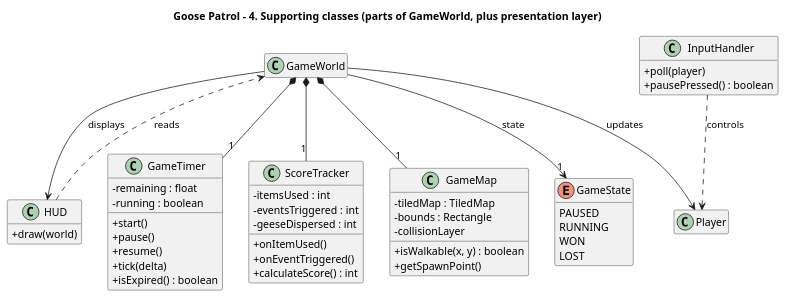
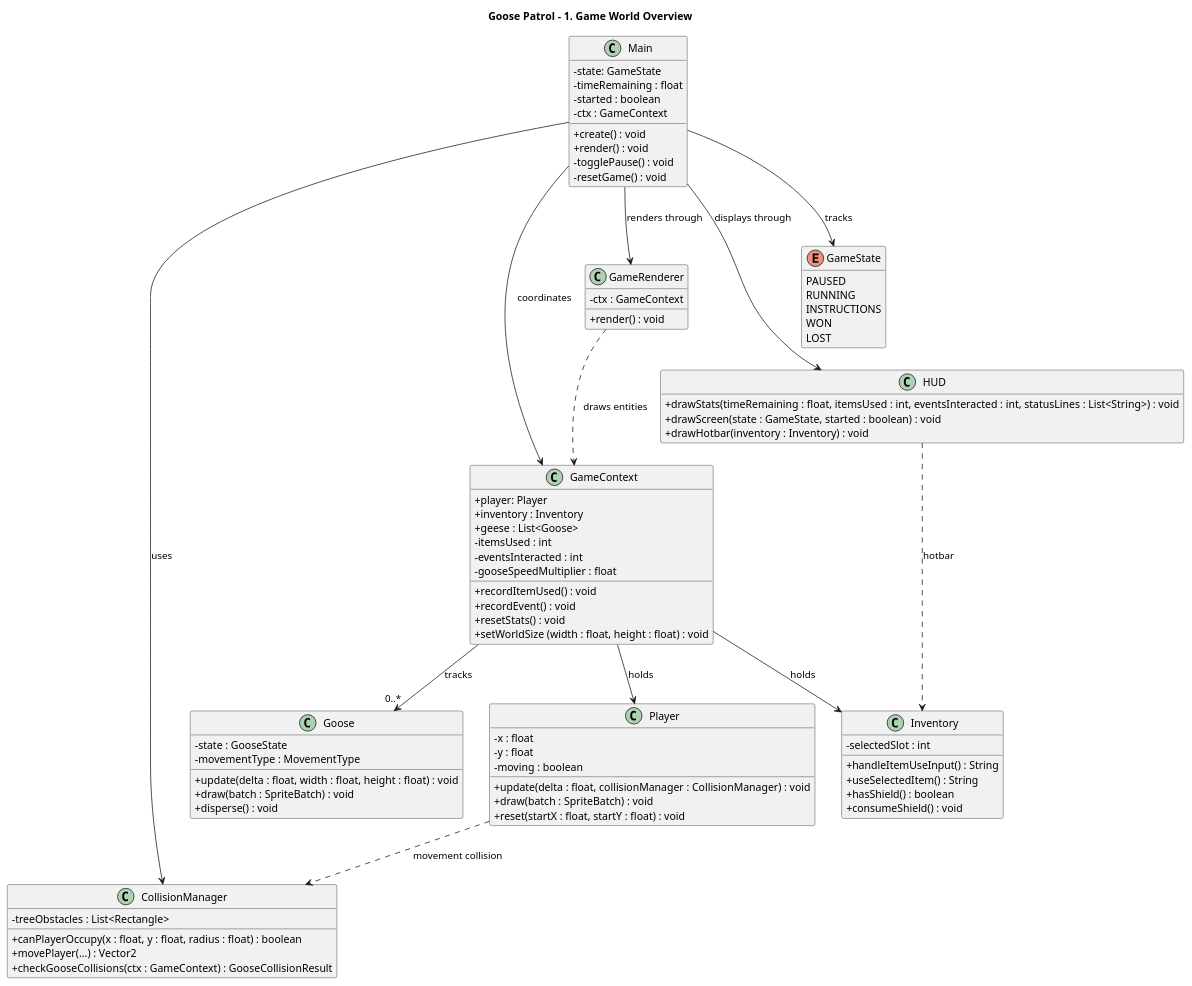
Before and after one commit to mnd514-cloud/GameChangersGooseGame: the diagram in Architecture/01-overview.puml, drawn with PlantUML. The commit also changed 12 other files, not shown here.

Commit message:
Changes to UML diagrams

```diff
--- a/Architecture/01-overview.puml
+++ b/Architecture/01-overview.puml
@@ -1,72 +1,99 @@
-@startuml 04-supporting
-title Goose Patrol - 4. Supporting classes (parts of GameWorld, plus presentation layer)
+@startuml
+title Goose Patrol - 1. Game World Overview
 
-' ---- display settings: leave as they are ----
 skinparam classAttributeIconSize 0
 skinparam shadowing false
 hide empty members
 
-' ---- classes ----
-class GameTimer {
-  - remaining : float
-  - running : boolean
-  + start()
-  + pause()
-  + resume()
-  + tick(delta)
-  + isExpired() : boolean
+' classes
+class Main {
+    - state: GameState
+    - timeRemaining : float
+    - started : boolean
+    - ctx : GameContext
+    + create() : void
+    + render() : void
+    - togglePause() : void
+    - resetGame() : void
 }
 
-class ScoreTracker {
-  - itemsUsed : int
-  - eventsTriggered : int
-  - geeseDispersed : int
-  + onItemUsed()
-  + onEventTriggered()
-  + calculateScore() : int
+class GameContext {
+    + player: Player
+    + inventory : Inventory
+    + geese : List<Goose>
+    - itemsUsed : int
+    - eventsInteracted : int
+    - gooseSpeedMultiplier : float
+    + recordItemUsed() : void
+    + recordEvent() : void
+    + resetStats() : void
+    + setWorldSize (width : float, height : float) : void
 }
 
-class GameMap {
-  - tiledMap : TiledMap
-  - bounds : Rectangle
-  - collisionLayer
-  + isWalkable(x, y) : boolean
-  + getSpawnPoint()
+class Player {
+    - x : float
+    - y : float
+    - moving : boolean
+    + update(delta : float, collisionManager : CollisionManager) : void
+    + draw(batch : SpriteBatch) : void
+    + reset(startX : float, startY : float) : void
+}
+
+class Inventory {
+    - selectedSlot : int
+    + handleItemUseInput() : String
+    + useSelectedItem() : String
+    + hasShield() : boolean
+    + consumeShield() : void
+}
+
+class Goose {
+    - state : GooseState
+    - movementType : MovementType
+    + update(delta : float, width : float, height : float) : void
+    + draw(batch : SpriteBatch) : void
+    + disperse() : void
+}
+
+class CollisionManager {
+    - treeObstacles : List<Rectangle>
+    + canPlayerOccupy(x : float, y : float, radius : float) : boolean
+    + movePlayer(...) : Vector2
+    + checkGooseCollisions(ctx : GameContext) : GooseCollisionResult
+}
+
+class GameRenderer {
+    - ctx : GameContext
+    + render() : void
 }
 
 class HUD {
-  + draw(world)
-}
-
-class InputHandler {
-  + poll(player)
-  + pausePressed() : boolean
+    + drawStats(timeRemaining : float, itemsUsed : int, eventsInteracted : int, statusLines : List<String>) : void
+    + drawScreen(state : GameState, started : boolean) : void
+    + drawHotbar(inventory : Inventory) : void
 }
 
 enum GameState {
   PAUSED
   RUNNING
+  INSTRUCTIONS
   WON
   LOST
 }
 
-' name-only boxes: shown here only so the arrows have something to point at
-class GameWorld
-class Player
+' relationships
+Main --> GameContext : coordinates
+Main --> CollisionManager : uses
+Main --> GameRenderer : renders through
+Main --> HUD : displays through
+Main --> GameState : tracks
 
+GameContext --> Player : holds
+GameContext --> Inventory : holds
+GameContext --> "0..*" Goose : tracks
 
-' ---- relationships ----
-GameWorld *-- "1" GameTimer
-GameWorld *-- "1" ScoreTracker
-GameWorld *-- "1" GameMap
-GameWorld --> "1" GameState : state
-
-HUD ..> GameWorld : reads
-InputHandler ..> Player : controls
-
-' ---- additional relationships ----
-GameWorld --> Player : updates
-GameWorld --> HUD : displays
-
+Player ..> CollisionManager : movement collision
+GameRenderer ..> GameContext : draws entities
+HUD ..> Inventory : hotbar
 
 @enduml
```
